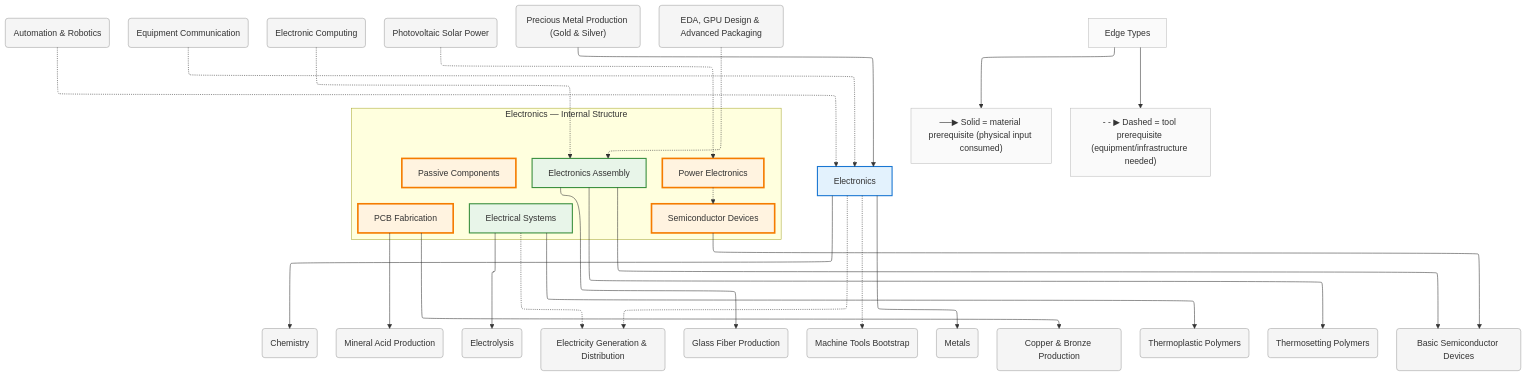
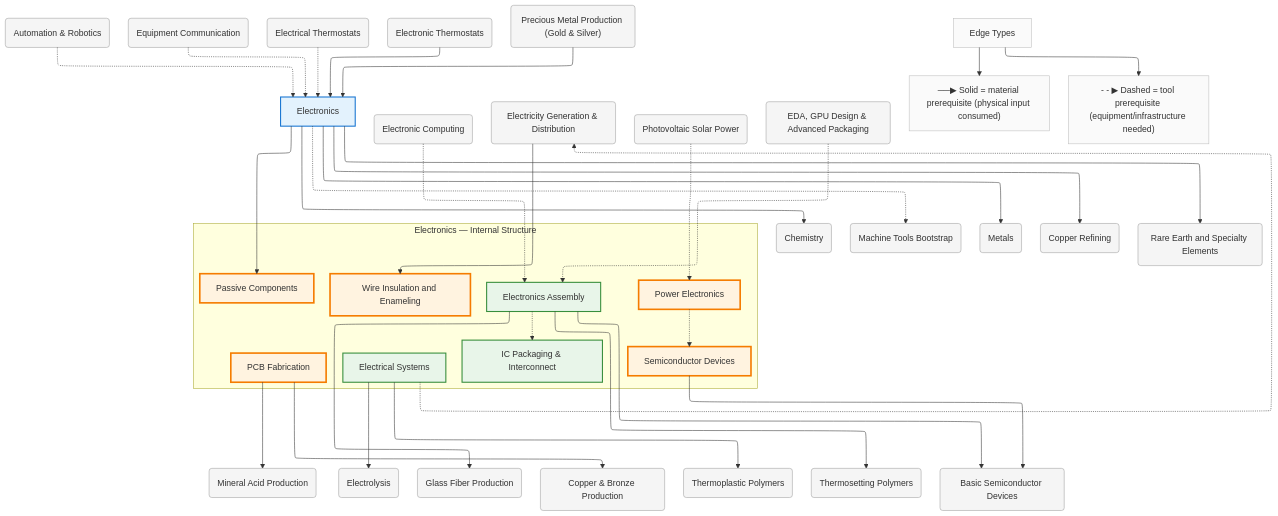
One commit to egofree/TechTree changed the diagram in diagrams/mermaid/electronics.mmd. Above: the diagram before and after it, drawn with Mermaid. The commit also changed 77 other files, not shown here.

First line of the commit message:
chore: regenerate all diagrams after entity additions

```diff
--- a/diagrams/mermaid/electronics.mmd
+++ b/diagrams/mermaid/electronics.mmd
@@ -1,98 +1,116 @@
 %%{init: {"flowchart": {"defaultRenderer": "elk", "htmlLabels": true}}}%%
 graph TD
     %% Domain: Electronics
 
     %% ==================== INTERNAL NODES ====================
     subgraph electronics_internal ["Electronics — Internal Structure"]
         direction TB
         electronics_assembly["Electronics Assembly"]
         electronics_electrical-systems["Electrical Systems"]
+        electronics_packaging["IC Packaging & Interconnect"]
         electronics_passive-components["Passive Components"]
         electronics_pcb-fabrication["PCB Fabrication"]
         electronics_power-electronics["Power Electronics"]
         electronics_semiconductor-devices["Semiconductor Devices"]
+        electronics_wire-insulation["Wire Insulation and Enameling"]
     end
 
     %% ==================== DOMAIN NODE ====================
     electronics["Electronics"]
 
     %% ==================== EXTERNAL DEPENDENCIES ====================
     automation("Automation & Robotics")
     automation_equipment-communication("Equipment Communication")
     chemistry("Chemistry")
     chemistry_acids("Mineral Acid Production")
     chemistry_electrolysis("Electrolysis")
     computing_electronic("Electronic Computing")
     energy_electricity("Electricity Generation & Distribution")
     energy_photovoltaics("Photovoltaic Solar Power")
     glass_fibers("Glass Fiber Production")
     machine-tools("Machine Tools Bootstrap")
+    measurement_thermostat-electrical("Electrical Thermostats")
+    measurement_thermostat-electronic("Electronic Thermostats")
     metals("Metals")
     metals_copper-bronze("Copper & Bronze Production")
+    metals_copper-refining("Copper Refining")
     metals_precious-metals("Precious Metal Production (Gold & Silver)")
+    metals_rare-earths("Rare Earth and Specialty Elements")
     polymers_thermoplastics("Thermoplastic Polymers")
     polymers_thermosets("Thermosetting Polymers")
     silicon_basic-devices("Basic Semiconductor Devices")
     vlsi-scaling_eda-design("EDA, GPU Design & Advanced Packaging")
 
     %% ==================== EDGES ====================
+    electronics_assembly -.-> electronics_packaging
     electronics_power-electronics -.-> electronics_semiconductor-devices
+    electronics --> electronics_passive-components
     automation_equipment-communication -.-> electronics
     automation -.-> electronics
     computing_electronic -.-> electronics_assembly
     electronics_assembly --> glass_fibers
     electronics_assembly --> polymers_thermosets
     electronics_assembly --> silicon_basic-devices
     electronics_electrical-systems --> chemistry_electrolysis
     electronics_electrical-systems -.-> energy_electricity
     electronics_electrical-systems --> polymers_thermoplastics
     electronics_pcb-fabrication --> chemistry_acids
     electronics_pcb-fabrication --> metals_copper-bronze
     electronics_semiconductor-devices --> silicon_basic-devices
     electronics --> chemistry
-    electronics -.-> energy_electricity
     electronics -.-> machine-tools
+    electronics --> metals_copper-refining
+    electronics --> metals_rare-earths
     electronics --> metals
+    energy_electricity --> electronics_wire-insulation
     energy_photovoltaics -.-> electronics_power-electronics
+    measurement_thermostat-electrical -.-> electronics
+    measurement_thermostat-electronic --> electronics
     metals_precious-metals --> electronics
     vlsi-scaling_eda-design -.-> electronics_assembly
 
     %% ==================== EDGE TYPE LEGEND ====================
     EdgeLegend["Edge Types"]
     EdgeLegend --> MatNote["──▶ Solid = material prerequisite (physical input consumed)"]
     EdgeLegend --> ToolNote["- - ▶ Dashed = tool prerequisite (equipment/infrastructure needed)"]
 
     %% ==================== STYLING ====================
     classDef domain fill:#e3f2fd,stroke:#1976d2,stroke-width:2px
     classDef capability fill:#e8f5e9,stroke:#388e3c,stroke-width:2px
     classDef process fill:#fff3e0,stroke:#f57c00,stroke-width:2px
     classDef critical fill:#fff3e0,stroke:#f57c00,stroke-width:3px
     classDef earlyWin fill:#e8f5e9,stroke:#388e3c,stroke-width:3px
     classDef pinnacle fill:#fce4ec,stroke:#c62828,stroke-width:3px
     classDef external fill:#f5f5f5,stroke:#9e9e9e,stroke-width:1px
     classDef legend fill:#fafafa,stroke:#bdbdbd,stroke-width:1px
     class electronics domain
     class electronics_assembly capability
     class electronics_electrical-systems capability
+    class electronics_packaging capability
     class electronics_passive-components critical
     class electronics_pcb-fabrication critical
     class electronics_power-electronics critical
     class electronics_semiconductor-devices critical
+    class electronics_wire-insulation critical
     class automation external
     class automation_equipment-communication external
     class chemistry external
     class chemistry_acids external
     class chemistry_electrolysis external
     class computing_electronic external
     class energy_electricity external
     class energy_photovoltaics external
     class glass_fibers external
     class machine-tools external
+    class measurement_thermostat-electrical external
+    class measurement_thermostat-electronic external
     class metals external
     class metals_copper-bronze external
+    class metals_copper-refining external
     class metals_precious-metals external
+    class metals_rare-earths external
     class polymers_thermoplastics external
     class polymers_thermosets external
     class silicon_basic-devices external
     class vlsi-scaling_eda-design external
     class EdgeLegend,MatNote,ToolNote legend
```
